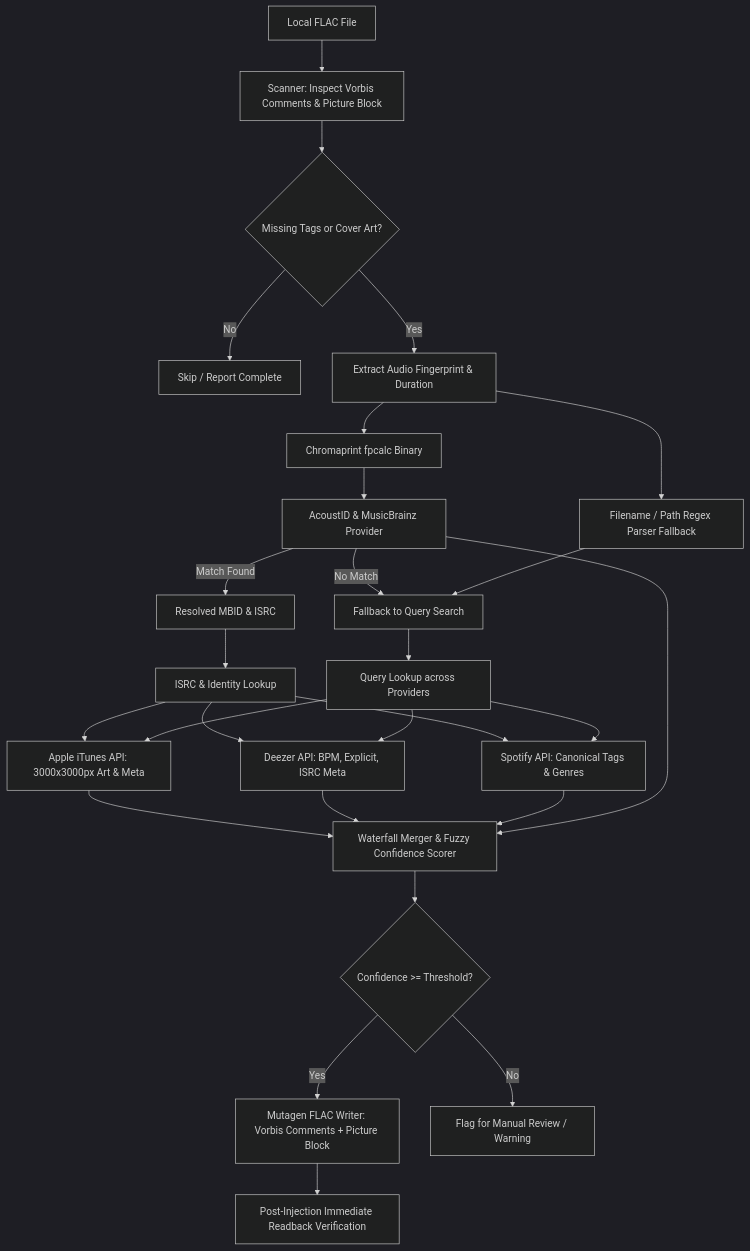
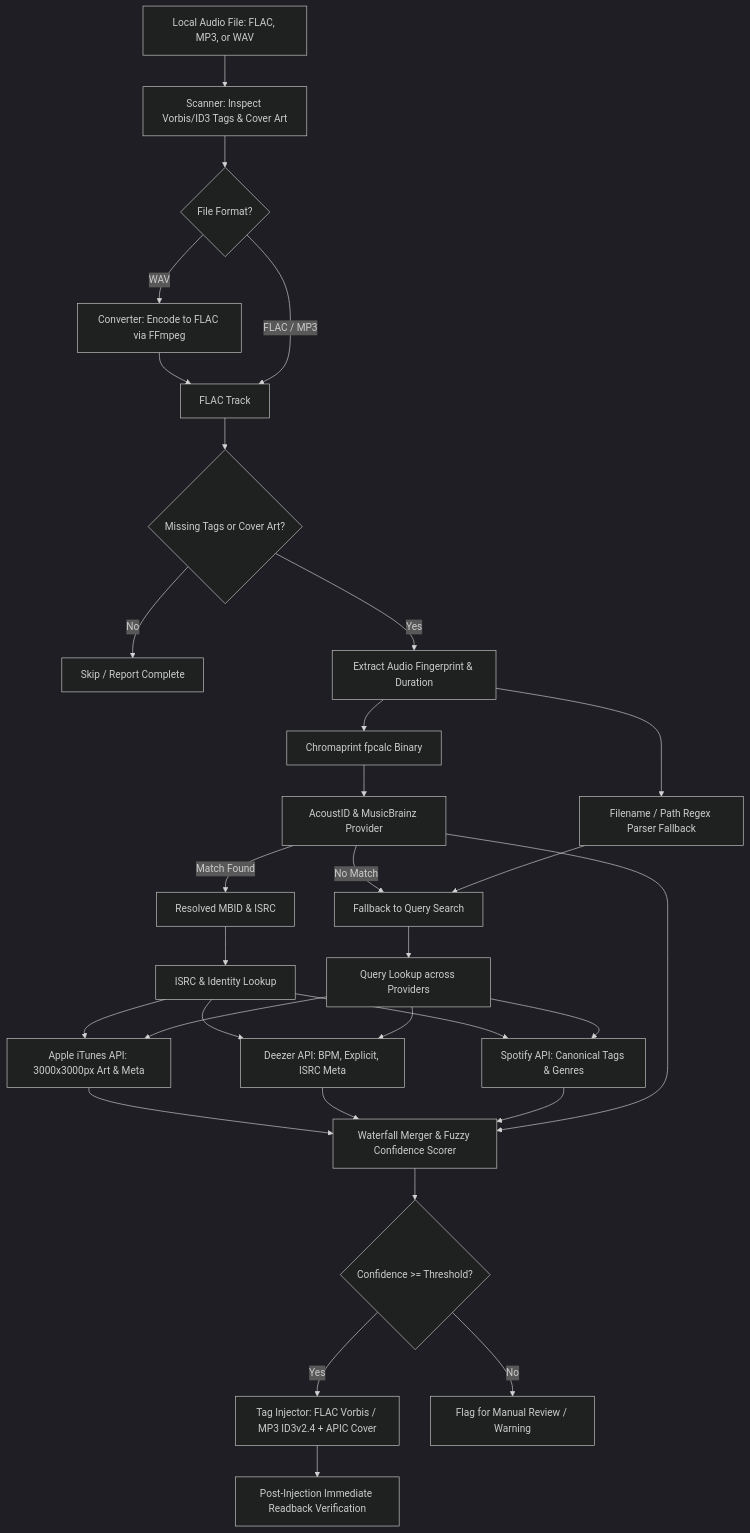
Before and after one commit to PeterMaks/Audio-inject: the diagram in README.md, drawn with Mermaid (dark theme). The commit also changed other lines of this file and 9 other files, not shown here.

````diff
--- a/README.md
+++ b/README.md
@@ -27,35 +28,39 @@
 ```mermaid
 graph TD
-    A[Local FLAC File] --> B[Scanner: Inspect Vorbis Comments & Picture Block]
-    B --> C{Missing Tags or Cover Art?}
-    C -- No --> D[Skip / Report Complete]
-    C -- Yes --> E[Extract Audio Fingerprint & Duration]
-    E --> F[Chromaprint fpcalc Binary]
-    E --> G[Filename / Path Regex Parser Fallback]
+    A[Local Audio File: FLAC, MP3, or WAV] --> B[Scanner: Inspect Vorbis/ID3 Tags & Cover Art]
+    B --> C{File Format?}
+    C -- WAV --> D[Converter: Encode to FLAC via FFmpeg]
+    D --> E[FLAC Track]
+    C -- FLAC / MP3 --> E
+    E --> F{Missing Tags or Cover Art?}
+    F -- No --> G[Skip / Report Complete]
+    F -- Yes --> H[Extract Audio Fingerprint & Duration]
+    H --> I[Chromaprint fpcalc Binary]
+    H --> J[Filename / Path Regex Parser Fallback]
     
-    F --> H[AcoustID & MusicBrainz Provider]
-    H -->|Match Found| I[Resolved MBID & ISRC]
-    H -->|No Match| J[Fallback to Query Search]
+    I --> K[AcoustID & MusicBrainz Provider]
+    K -->|Match Found| L[Resolved MBID & ISRC]
+    K -->|No Match| M[Fallback to Query Search]
     
-    G --> J
-    I --> K[ISRC & Identity Lookup]
-    J --> L[Query Lookup across Providers]
+    J --> M
+    L --> N[ISRC & Identity Lookup]
+    M --> O[Query Lookup across Providers]
     
-    K --> M[Apple iTunes API: 3000x3000px Art & Meta]
-    K --> N[Deezer API: BPM, Explicit, ISRC Meta]
-    K --> O[Spotify API: Canonical Tags & Genres]
+    N --> P[Apple iTunes API: 3000x3000px Art & Meta]
+    N --> Q[Deezer API: BPM, Explicit, ISRC Meta]
+    N --> R[Spotify API: Canonical Tags & Genres]
     
-    L --> M
-    L --> N
-    L --> O
+    O --> P
+    O --> Q
+    O --> R
     
-    M --> P[Waterfall Merger & Fuzzy Confidence Scorer]
-    N --> P
-    O --> P
-    H --> P
+    P --> S[Waterfall Merger & Fuzzy Confidence Scorer]
+    Q --> S
+    R --> S
+    K --> S
     
-    P --> Q{Confidence >= Threshold?}
-    Q -- Yes --> R[Mutagen FLAC Writer: Vorbis Comments + Picture Block]
-    Q -- No --> S[Flag for Manual Review / Warning]
-    R --> T[Post-Injection Immediate Readback Verification]
+    S --> T{Confidence >= Threshold?}
+    T -- Yes --> U[Tag Injector: FLAC Vorbis / MP3 ID3v2.4 + APIC Cover]
+    T -- No --> V[Flag for Manual Review / Warning]
+    U --> W[Post-Injection Immediate Readback Verification]
 ```
````
